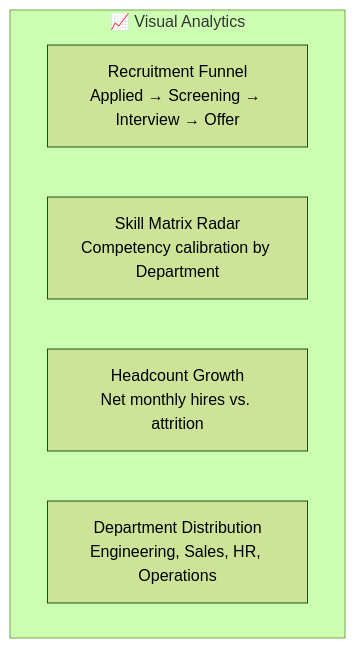
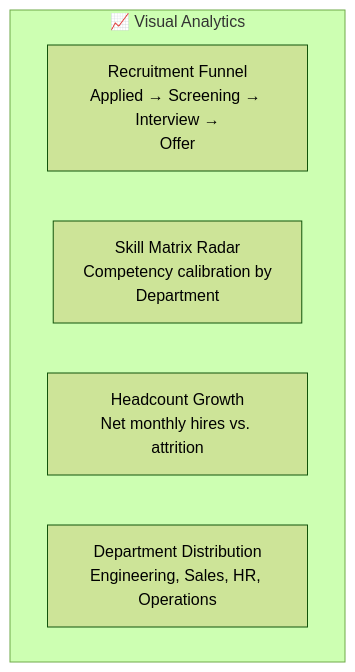
One commit to SRJ-GROUP/hubnest_user_guide changed the third of 3 diagrams in docs/hrms-hr/dashboard.md. Above: the diagram before and after it, drawn with Mermaid (forest theme). The commit also changed 161 other files, not shown here.

Commit message:
feat: complete HubMeet suite, supervisor portal docs, diagram fixes, and interactive eye-button zoom modal

````diff
--- a/docs/hrms-hr/dashboard.md
+++ b/docs/hrms-hr/dashboard.md
@@ -85,9 +85,9 @@
 ```mermaid
 graph TD
     subgraph Analytics["📈 Visual Analytics"]
-        F1["Recruitment Funnel<br/>Applied → Screening → Interview → Offer"]
-        F2["Skill Matrix Radar<br/>Competency calibration by Department"]
+        F1["Recruitment Funnel<br/>Applied → Screening → Interview →<br/>Offer"]
+        F2["Skill Matrix Radar<br/>Competency calibration by<br/>Department"]
         F3["Headcount Growth<br/>Net monthly hires vs. attrition"]
         F4["Department Distribution<br/>Engineering, Sales, HR, Operations"]
     end
 ```
````
